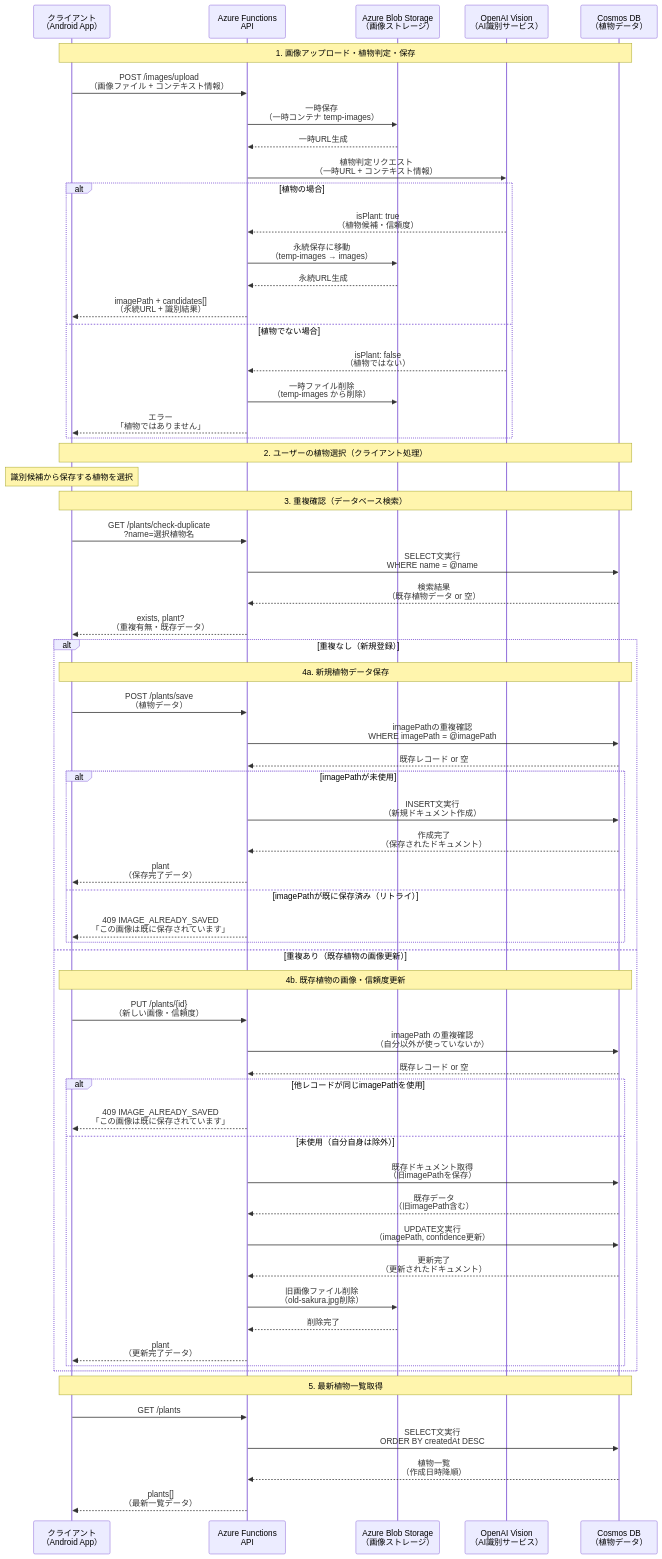
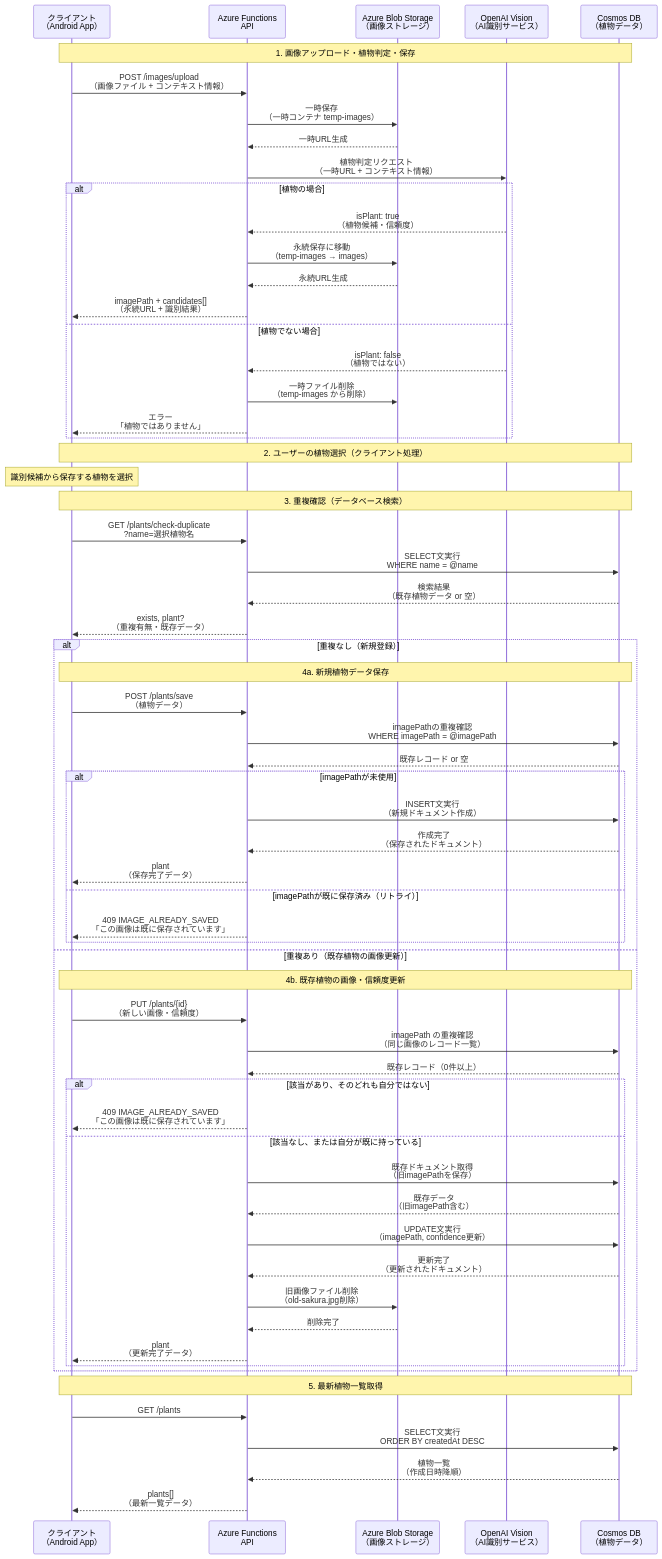
Before and after one commit to nmasashi/snaplant: the first of 3 diagrams in docs/07_api_workflow.md, drawn with Mermaid. The commit also changed other lines of this file and 5 other files, not shown here.

````diff
--- a/docs/07_api_workflow.md
+++ b/docs/07_api_workflow.md
@@ -12,71 +12,71 @@
 ```mermaid
 sequenceDiagram
     participant Client as クライアント<br/>（Android App）  
     participant API as Azure Functions<br/>API
     participant Blob as Azure Blob Storage<br/>（画像ストレージ）
     participant AI as OpenAI Vision<br/>（AI識別サービス）
     participant DB as Cosmos DB<br/>（植物データ）
 
     Note over Client,DB: 1. 画像アップロード・植物判定・保存
     Client->>API: POST /images/upload<br/>（画像ファイル + コンテキスト情報）
     API->>Blob: 一時保存<br/>（一時コンテナ temp-images）
     Blob-->>API: 一時URL生成
     API->>AI: 植物判定リクエスト<br/>（一時URL + コンテキスト情報）
     
     alt 植物の場合
         AI-->>API: isPlant: true<br/>（植物候補・信頼度）
         API->>Blob: 永続保存に移動<br/>（temp-images → images）
         Blob-->>API: 永続URL生成
         API-->>Client: imagePath + candidates[]<br/>（永続URL + 識別結果）
     else 植物でない場合
         AI-->>API: isPlant: false<br/>（植物ではない）
         API->>Blob: 一時ファイル削除<br/>（temp-images から削除）
         API-->>Client: エラー<br/>「植物ではありません」
     end
 
     Note over Client,DB: 2. ユーザーの植物選択（クライアント処理）
     Note over Client: 識別候補から保存する植物を選択
 
     Note over Client,DB: 3. 重複確認（データベース検索）
     Client->>API: GET /plants/check-duplicate<br/>?name=選択植物名
     API->>DB: SELECT文実行<br/>WHERE name = @name
     DB-->>API: 検索結果<br/>（既存植物データ or 空）
     API-->>Client: exists, plant?<br/>（重複有無・既存データ）
 
     alt 重複なし（新規登録）
         Note over Client,DB: 4a. 新規植物データ保存
         Client->>API: POST /plants/save<br/>（植物データ）
         API->>DB: imagePathの重複確認<br/>WHERE imagePath = @imagePath
         DB-->>API: 既存レコード or 空
 
         alt imagePathが未使用
             API->>DB: INSERT文実行<br/>（新規ドキュメント作成）
             DB-->>API: 作成完了<br/>（保存されたドキュメント）
             API-->>Client: plant<br/>（保存完了データ）
         else imagePathが既に保存済み（リトライ）
             API-->>Client: 409 IMAGE_ALREADY_SAVED<br/>「この画像は既に保存されています」
         end
     else 重複あり（既存植物の画像更新）
         Note over Client,DB: 4b. 既存植物の画像・信頼度更新
         Client->>API: PUT /plants/{id}<br/>（新しい画像・信頼度）
-        API->>DB: imagePath の重複確認<br/>（自分以外が使っていないか）
-        DB-->>API: 既存レコード or 空
-        alt 他レコードが同じimagePathを使用
+        API->>DB: imagePath の重複確認<br/>（同じ画像のレコード一覧）
+        DB-->>API: 既存レコード（0件以上）
+        alt 該当があり、そのどれも自分ではない
             API-->>Client: 409 IMAGE_ALREADY_SAVED<br/>「この画像は既に保存されています」
-        else 未使用（自分自身は除外）
+        else 該当なし、または自分が既に持っている
             API->>DB: 既存ドキュメント取得<br/>（旧imagePathを保存）
             DB-->>API: 既存データ<br/>（旧imagePath含む）
             API->>DB: UPDATE文実行<br/>（imagePath, confidence更新）
             DB-->>API: 更新完了<br/>（更新されたドキュメント）
             API->>Blob: 旧画像ファイル削除<br/>（old-sakura.jpg削除）
             Blob-->>API: 削除完了
             API-->>Client: plant<br/>（更新完了データ）
         end
     end
 
     Note over Client,DB: 5. 最新植物一覧取得
     Client->>API: GET /plants
     API->>DB: SELECT文実行<br/>ORDER BY createdAt DESC
     DB-->>API: 植物一覧<br/>（作成日時降順）
     API-->>Client: plants[]<br/>（最新一覧データ）
 ```
````
